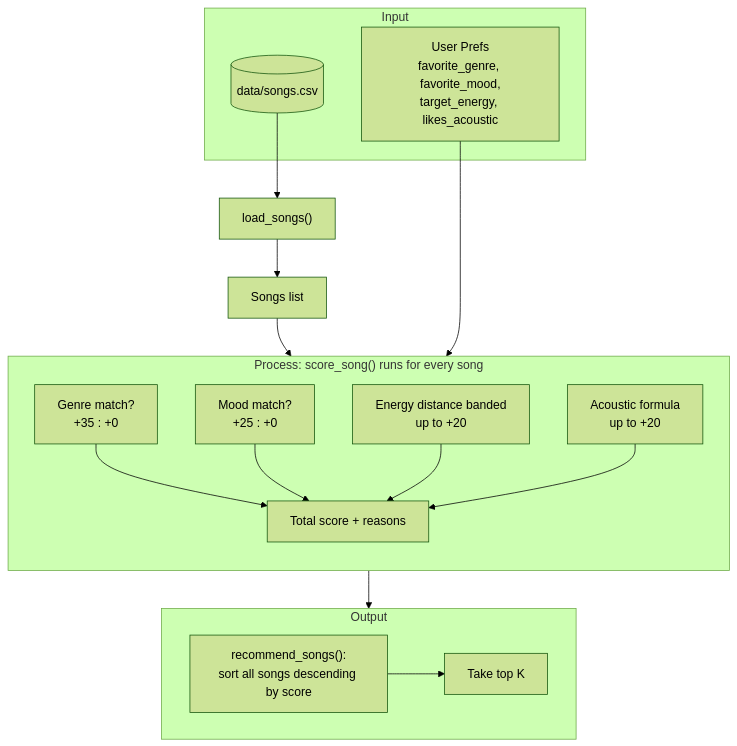
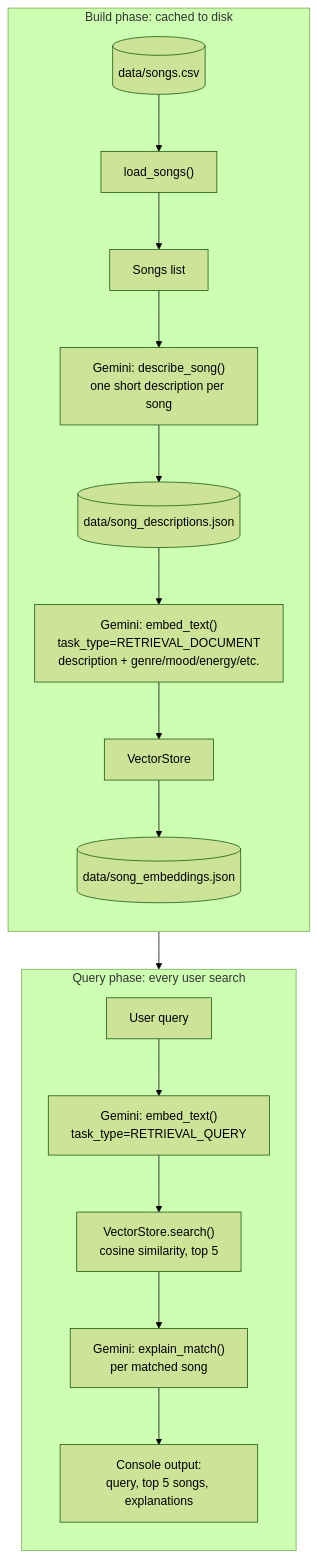
Before and after one commit to dev-lester94/applied-ai-system-project: the diagram in diagrams/diagram.md, drawn with Mermaid (forest theme). The commit also changed other lines of this file and 8 other files, not shown here.

````diff
--- a/diagrams/diagram.md
+++ b/diagrams/diagram.md
@@ -5,30 +5,25 @@
 ```mermaid
 flowchart TD
-    subgraph INPUT["Input"]
+    subgraph BUILD["Build phase: cached to disk"]
+        direction TB
         CSV[("data/songs.csv")]
-        PREFS["User Prefs<br/>favorite_genre, favorite_mood,<br/>target_energy, likes_acoustic"]
+        CSV --> LOAD["load_songs()"]
+        LOAD --> SONGS["Songs list"]
+        SONGS --> DESC["Gemini: describe_song()<br/>one short description per song"]
+        DESC --> DESCCACHE[("data/song_descriptions.json")]
+        DESCCACHE --> EMBED["Gemini: embed_text()<br/>task_type=RETRIEVAL_DOCUMENT<br/>description + genre/mood/energy/etc."]
+        EMBED --> STORE["VectorStore"]
+        STORE --> EMBEDCACHE[("data/song_embeddings.json")]
     end
 
-    CSV --> LOAD["load_songs()"]
-    LOAD --> SONGS["Songs list"]
-
-    subgraph PROCESS["Process: score_song() runs for every song"]
+    subgraph QUERY["Query phase: every user search"]
         direction TB
-        G1["Genre match?<br/>+35 : +0"]
-        G2["Mood match?<br/>+25 : +0"]
-        G3["Energy distance banded<br/>up to +20"]
-        G4["Acoustic formula<br/>up to +20"]
-        G1 & G2 & G3 & G4 --> SUM["Total score + reasons"]
+        Q["User query"]
+        Q --> QEMBED["Gemini: embed_text()<br/>task_type=RETRIEVAL_QUERY"]
+        QEMBED --> SEARCH["VectorStore.search()<br/>cosine similarity, top 5"]
+        SEARCH --> EXPLAIN["Gemini: explain_match()<br/>per matched song"]
+        EXPLAIN --> OUT["Console output:<br/>query, top 5 songs, explanations"]
     end
 
-    SONGS --> PROCESS
-    PREFS --> PROCESS
-
-    subgraph OUTPUT["Output"]
-        SORT["recommend_songs():<br/>sort all songs descending by score"]
-        TOPK["Take top K"]
-        SORT --> TOPK
-    end
-
-    SUM --> OUTPUT
+    EMBEDCACHE --> SEARCH
 ```
````
